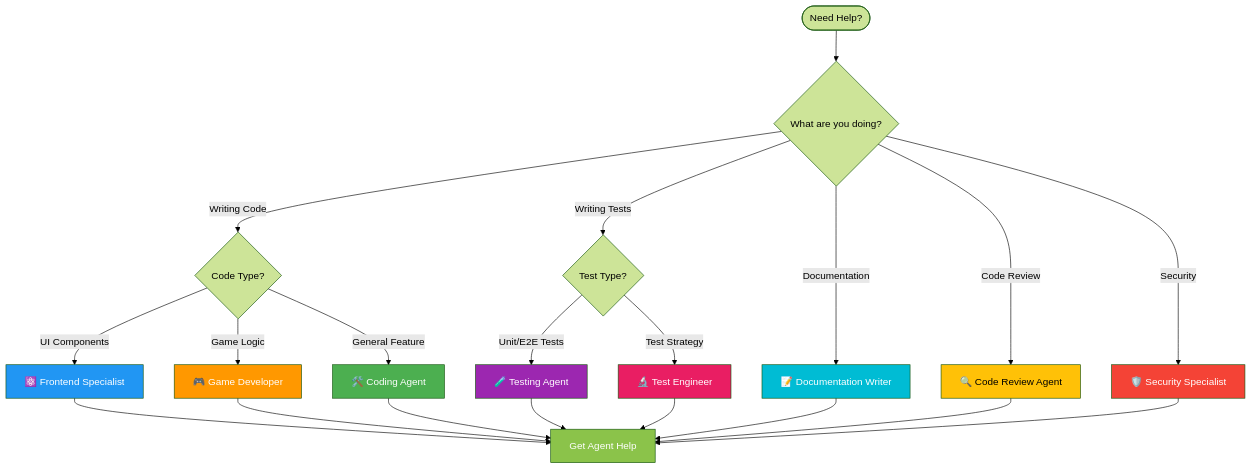
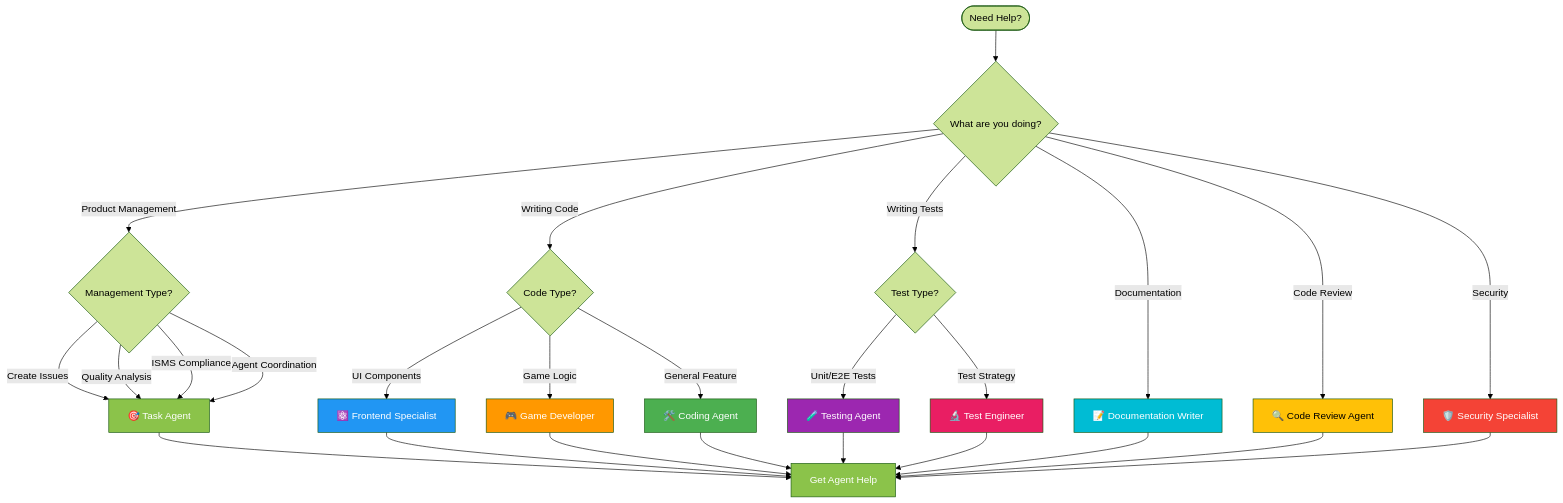
Before and after one commit to Hack23/blacktrigram: the second of 3 diagrams in .github/agents/README.md, drawn with Mermaid (forest theme). The commit also changed other lines of this file and 2 other files, not shown here.

Commit message:
Add task-agent for product quality orchestration and issue management

````diff
--- a/.github/agents/README.md
+++ b/.github/agents/README.md
@@ -211,36 +250,44 @@
 ```mermaid
 flowchart TD
     Start([Need Help?]) --> Type{What are you doing?}
+    
+    Type -->|Product Management| Management{Management Type?}
+    Management -->|Create Issues| TaskAgent[🎯 Task Agent]
+    Management -->|Quality Analysis| TaskAgent
+    Management -->|ISMS Compliance| TaskAgent
+    Management -->|Agent Coordination| TaskAgent
     
     Type -->|Writing Code| Code{Code Type?}
     Code -->|UI Components| Frontend[⚛️ Frontend Specialist]
     Code -->|Game Logic| Game[🎮 Game Developer]
     Code -->|General Feature| Coding[🛠️ Coding Agent]
     
     Type -->|Writing Tests| TestType{Test Type?}
     TestType -->|Unit/E2E Tests| Testing[🧪 Testing Agent]
     TestType -->|Test Strategy| TestEng[🔬 Test Engineer]
     
     Type -->|Documentation| Docs[📝 Documentation Writer]
     Type -->|Code Review| Review[🔍 Code Review Agent]
     Type -->|Security| Security[🛡️ Security Specialist]
     
-    Frontend --> Action[Get Agent Help]
+    TaskAgent --> Action[Get Agent Help]
+    Frontend --> Action
     Game --> Action
     Coding --> Action
     Testing --> Action
     TestEng --> Action
     Docs --> Action
     Review --> Action
     Security --> Action
     
+    style TaskAgent fill:#8BC34A,color:#fff
     style Frontend fill:#2196F3,color:#fff
     style Game fill:#FF9800,color:#fff
     style Coding fill:#4CAF50,color:#fff
     style Testing fill:#9C27B0,color:#fff
     style TestEng fill:#E91E63,color:#fff
     style Docs fill:#00BCD4,color:#fff
     style Review fill:#FFC107,color:#000
     style Security fill:#F44336,color:#fff
     style Action fill:#8BC34A,color:#fff
 ```
````
